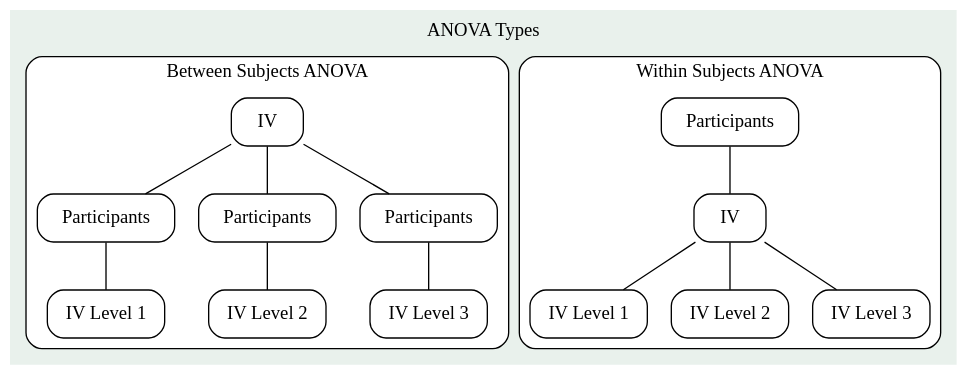
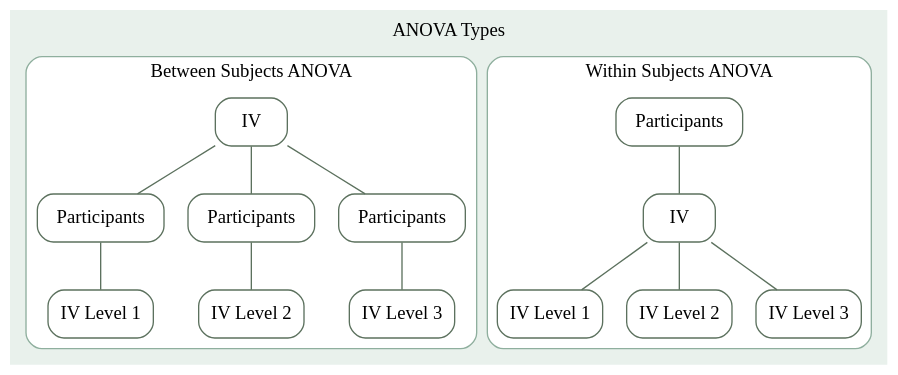
The fourth of 5 diagrams in lec12/lec12.qmd (DavidBrocker/348SlideDecks), drawn with Graphviz before and after one commit. The commit also changed other lines of this file and 11 other files, not shown here.

````diff
--- a/lec12/lec12.qmd
+++ b/lec12/lec12.qmd
@@ -170,48 +247,48 @@
 ```{dot}
 graph {
-
-  node[shape = box, style = rounded]
+  node[shape = box, style = "rounded,filled", fillcolor = "white", color = "#5C715E", fontname = "Fira Sans"]
+  edge[color = "#5C715E"]
   center="t"
   bgcolor="#E9F1EC"
   label="ANOVA Types"
   labelloc="t"
 
   subgraph cluster_anova {
     style = rounded
+    color = "#8FAF9E"
     label="Between Subjects ANOVA"
     bgcolor="white"
     IV
-    
+
     Level1[label="IV Level 1"]
     Level2[label="IV Level 2"]
     Level3[label="IV Level 3"]
-    
+
     Participants1[label = "Participants"]
     Participants2[label = "Participants"]
     Participants3[label = "Participants"]
-    
+
     IV -- Participants1 -- Level1
     IV -- Participants2 --Level2
     IV -- Participants3 --Level3
-    
   }
-  
-    subgraph cluster_wanova {
+
+  subgraph cluster_wanova {
     style = rounded
+    color = "#8FAF9E"
     label="Within Subjects ANOVA"
     bgcolor="white"
     ParticipantsW [label="Participants"]
     IVW [label = "IV"]
-    
+
     Level1W[label="IV Level 1"]
     Level2W[label="IV Level 2"]
     Level3W[label="IV Level 3"]
-    
+
     ParticipantsW -- IVW
     IVW -- Level1W
     IVW -- Level2W
     IVW -- Level3W
-    
   }
 }
 ```
````
